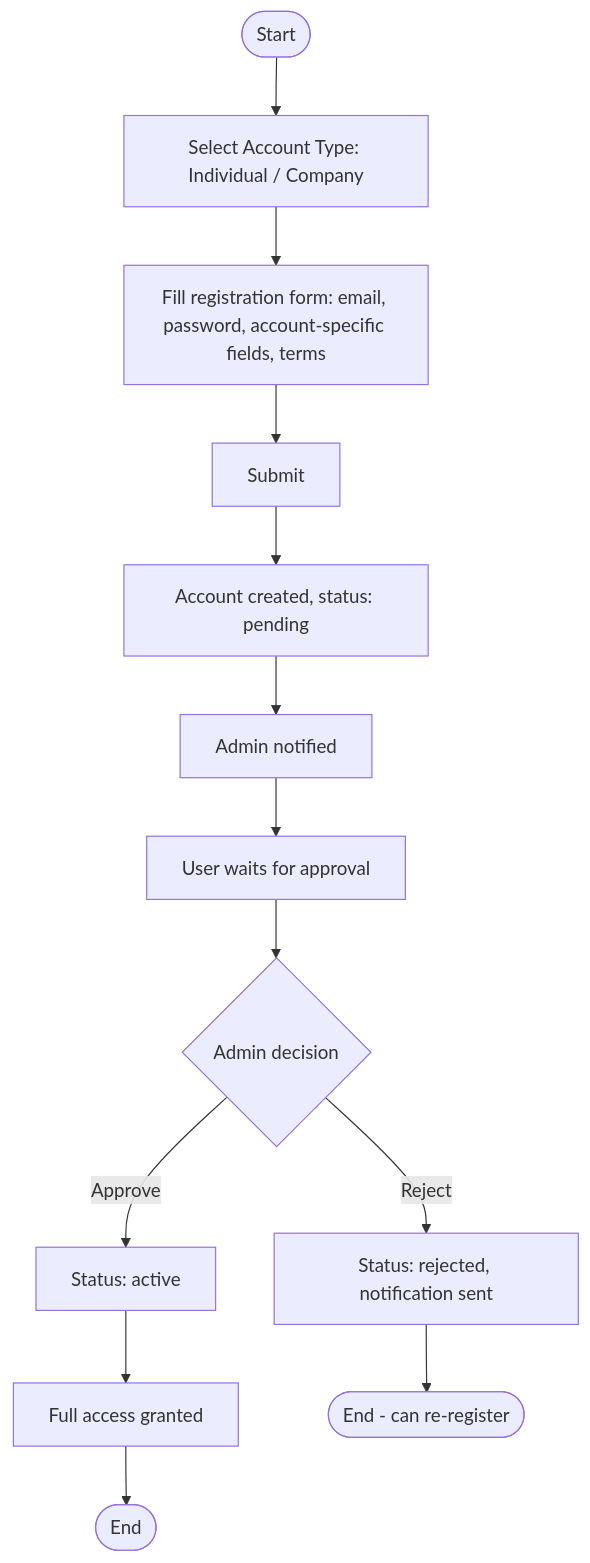
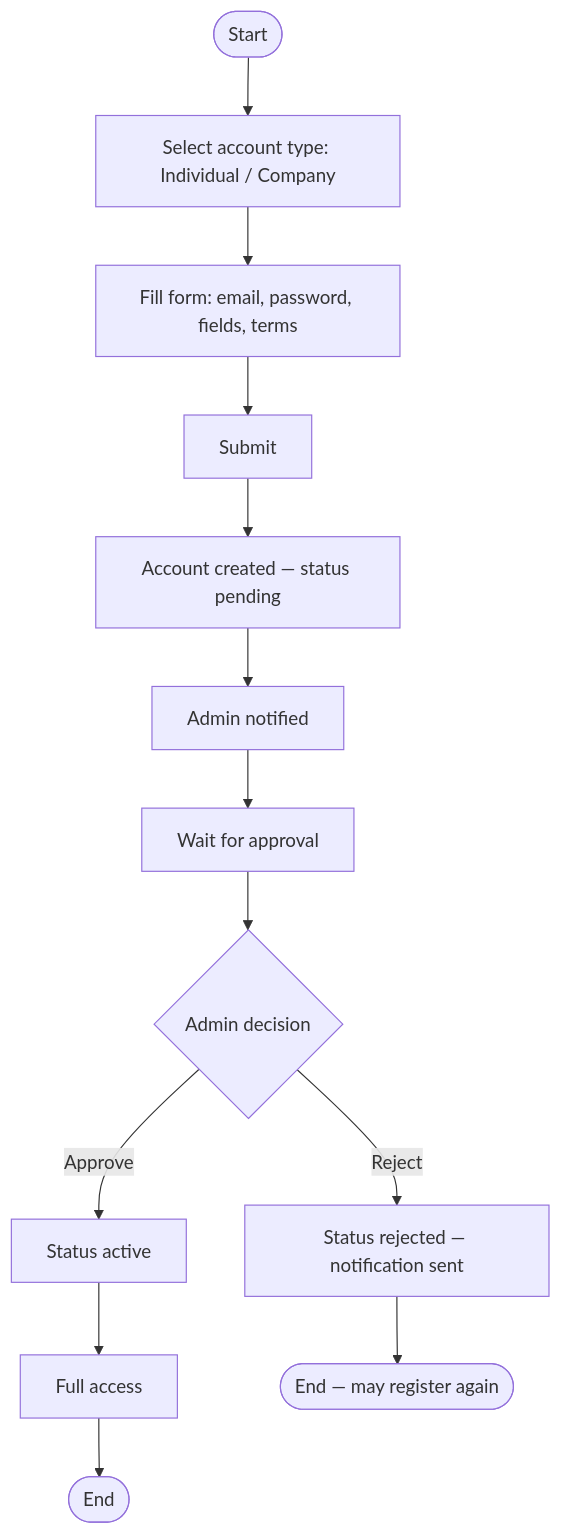
The first of 2 diagrams in docs/workflow/user-workflow.md (Mabdelmofdy/PMtwin1), drawn with Mermaid before and after one commit. The commit also changed other lines of this file and 681 other files, not shown here.

````diff
--- a/docs/workflow/user-workflow.md
+++ b/docs/workflow/user-workflow.md
@@ -9,15 +35,15 @@
 ```mermaid
 flowchart TD
-  Start([Start]) --> SelectType[Select Account Type: Individual / Company]
-  SelectType --> FillForm[Fill registration form: email, password, account-specific fields, terms]
+  Start([Start]) --> SelectType[Select account type: Individual / Company]
+  SelectType --> FillForm[Fill form: email, password, fields, terms]
   FillForm --> Submit[Submit]
-  Submit --> Created[Account created, status: pending]
+  Submit --> Created[Account created — status pending]
   Created --> NotifyAdmin[Admin notified]
-  NotifyAdmin --> Wait[User waits for approval]
+  NotifyAdmin --> Wait[Wait for approval]
   Wait --> AdminDecision{Admin decision}
-  AdminDecision -->|Approve| Active[Status: active]
-  AdminDecision -->|Reject| Rejected[Status: rejected, notification sent]
-  Active --> FullAccess[Full access granted]
-  Rejected --> End([End - can re-register])
+  AdminDecision -->|Approve| Active[Status active]
+  AdminDecision -->|Reject| Rejected[Status rejected — notification sent]
+  Active --> FullAccess[Full access]
+  Rejected --> End([End — may register again])
   FullAccess --> End2([End])
 ```
````
